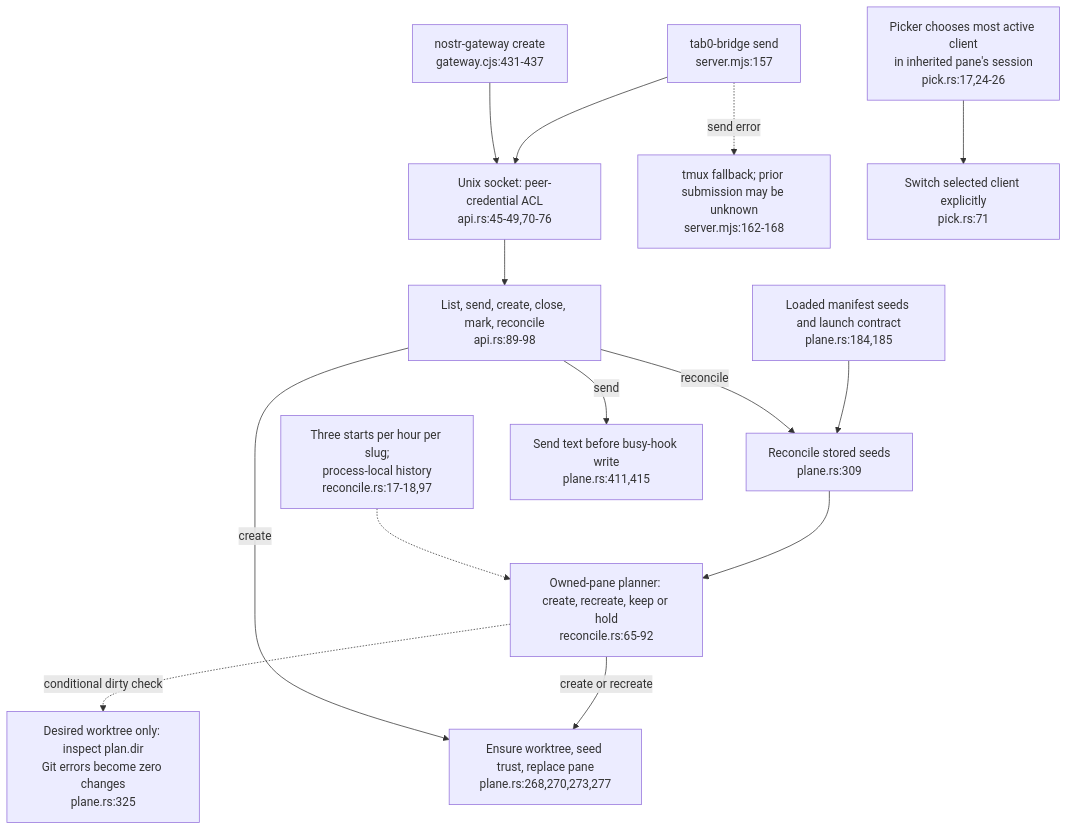
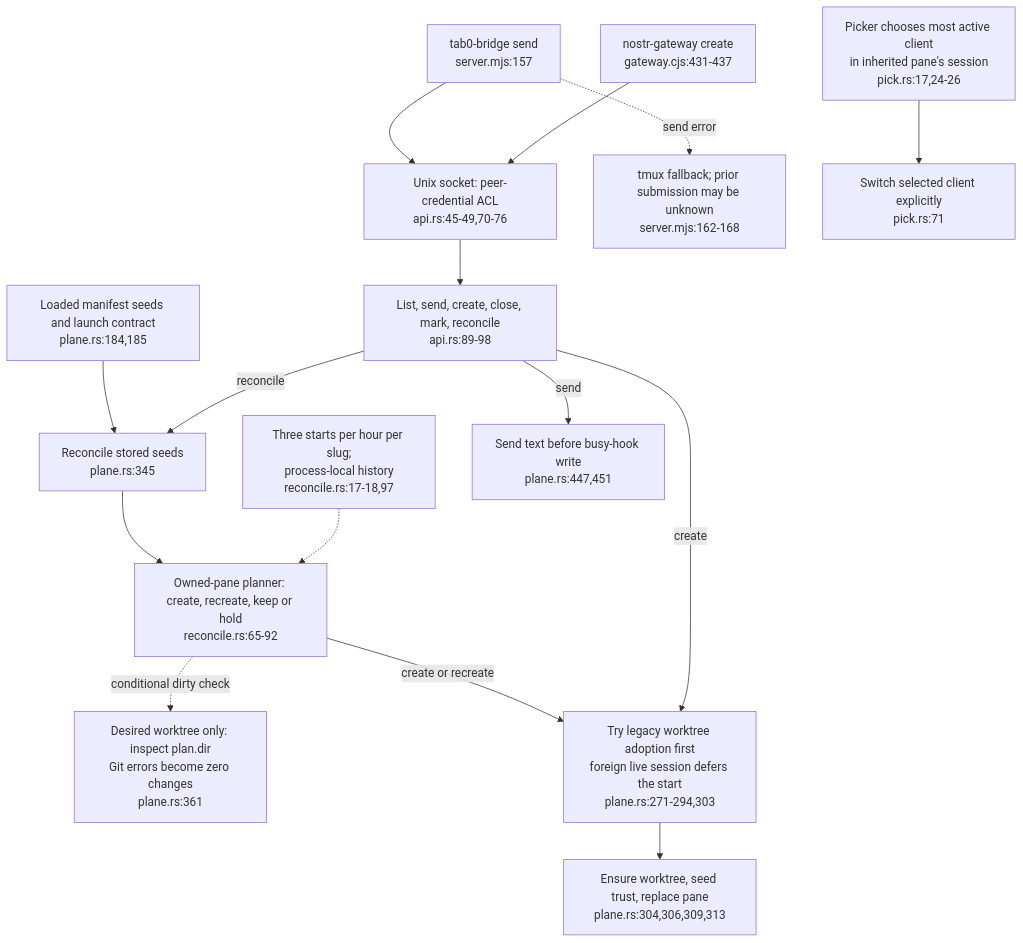
Before and after one commit to DreamLab-AI/VisionFlow: diagram 12 of 12 in docs/diagrams/agentbox/12-tab0-bridge-and-interaction-plane.md, drawn with Mermaid. The commit also changed other lines of this file and 6 other files, not shown here.

First line of the commit message:
docs: align native session and ingress diagrams (#39)

````diff
--- a/docs/diagrams/agentbox/12-tab0-bridge-and-interaction-plane.md
+++ b/docs/diagrams/agentbox/12-tab0-bridge-and-interaction-plane.md
@@ -529,16 +530,17 @@
 ```mermaid
 flowchart TD
-    MAN["Loaded manifest seeds and launch contract<br/>plane.rs:184,185"] --> REC["Reconcile stored seeds<br/>plane.rs:309"]
+    MAN["Loaded manifest seeds and launch contract<br/>plane.rs:184,185"] --> REC["Reconcile stored seeds<br/>plane.rs:345"]
     REC --> DEC["Owned-pane planner: create, recreate, keep or hold<br/>reconcile.rs:65-92"]
-    DEC -.->|conditional dirty check| GATE["Desired worktree only: inspect plan.dir<br/>Git errors become zero changes<br/>plane.rs:325"]
-    DEC -->|create or recreate| START["Ensure worktree, seed trust, replace pane<br/>plane.rs:268,270,273,277"]
+    DEC -.->|conditional dirty check| GATE["Desired worktree only: inspect plan.dir<br/>Git errors become zero changes<br/>plane.rs:361"]
+    DEC -->|create or recreate| ADOPT["Try legacy worktree adoption first<br/>foreign live session defers the start<br/>plane.rs:271-294,303"]
+    ADOPT --> START["Ensure worktree, seed trust, replace pane<br/>plane.rs:304,306,309,313"]
     BACK["Three starts per hour per slug;<br/>process-local history<br/>reconcile.rs:17-18,97"] -.-> DEC
     SOCK["Unix socket: peer-credential ACL<br/>api.rs:45-49,70-76"] --> OPS["List, send, create, close, mark, reconcile<br/>api.rs:89-98"]
-    OPS -->|create| START
+    OPS -->|create| ADOPT
     OPS -->|reconcile| REC
-    OPS -->|send| INPUT["Send text before busy-hook write<br/>plane.rs:411,415"]
+    OPS -->|send| INPUT["Send text before busy-hook write<br/>plane.rs:447,451"]
     TB["tab0-bridge send<br/>server.mjs:157"] --> SOCK
     GW["nostr-gateway create<br/>gateway.cjs:431-437"] --> SOCK
     TB -.->|send error| FALL["tmux fallback; prior submission may be unknown<br/>server.mjs:162-168"]
     PICK["Picker chooses most active client<br/>in inherited pane's session<br/>pick.rs:17,24-26"] --> TARGET["Switch selected client explicitly<br/>pick.rs:71"]
 ```
````
